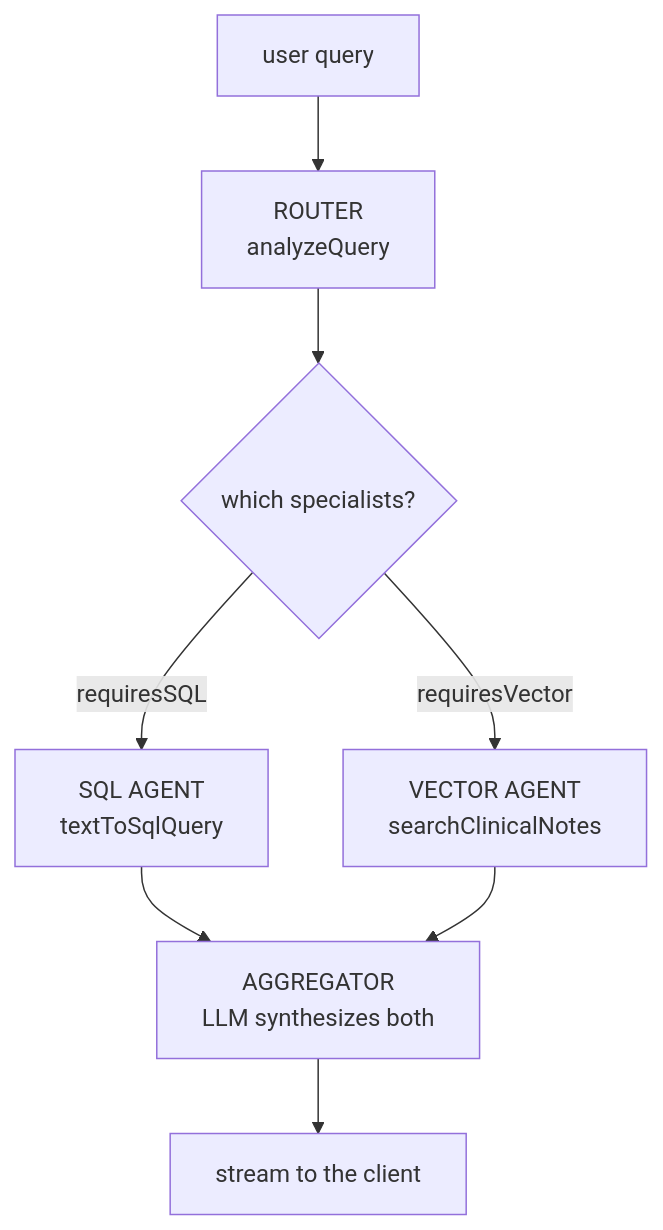
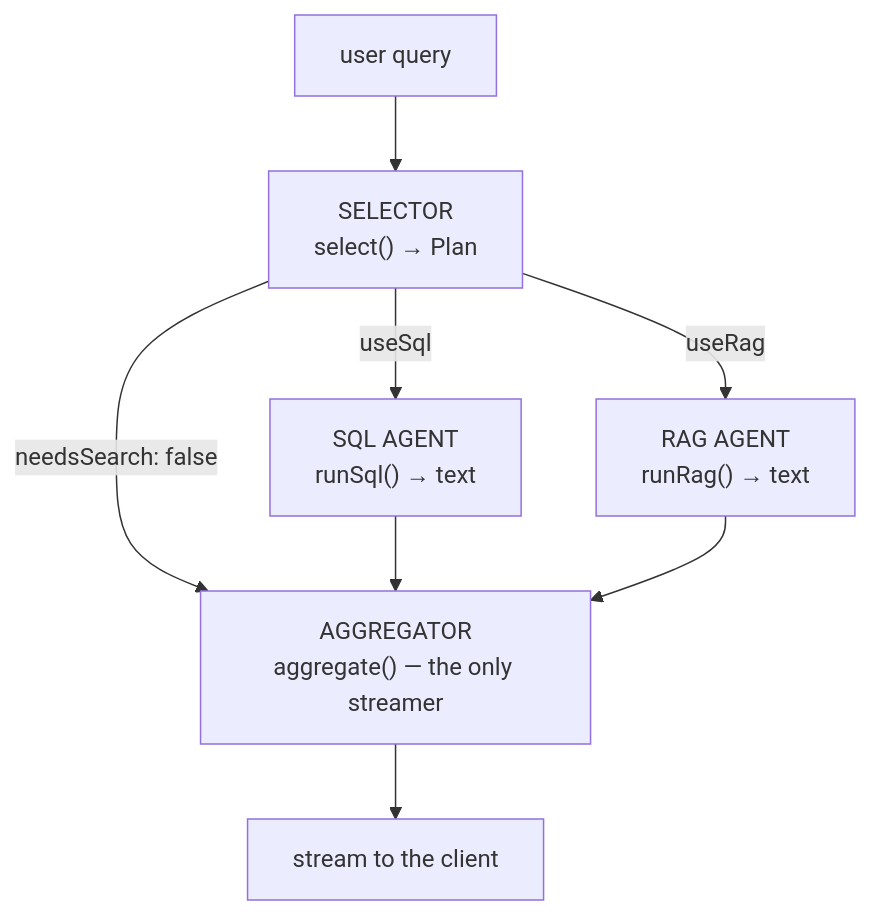
One commit to projectshft/parsity_medical_rag changed the diagram in curriculum/w2-03-orchestration.md. Above: the diagram before and after it, drawn with Mermaid. The commit also changed other lines of this file and 34 other files, not shown here.

First line of the commit message:
curriculum: full authoring pass against the current architecture

````diff
--- a/curriculum/w2-03-orchestration.md
+++ b/curriculum/w2-03-orchestration.md
@@ -15,10 +15,10 @@
 ```mermaid
 flowchart TD
-    Q[user query] --> R["ROUTER<br/>analyzeQuery"]
-    R --> D{which specialists?}
-    D -->|requiresSQL| S["SQL AGENT<br/>textToSqlQuery"]
-    D -->|requiresVector| V["VECTOR AGENT<br/>searchClinicalNotes"]
-    S --> A["AGGREGATOR<br/>LLM synthesizes both"]
-    V --> A
-    A --> ST["stream to the client"]
+    Q[user query] --> SEL["SELECTOR<br/>select() → Plan"]
+    SEL -->|useSql| SQL["SQL AGENT<br/>runSql() → text"]
+    SEL -->|useRag| RAG["RAG AGENT<br/>runRag() → text"]
+    SEL -->|"needsSearch: false"| AGG
+    SQL --> AGG["AGGREGATOR<br/>aggregate() — the only streamer"]
+    RAG --> AGG
+    AGG --> ST["stream to the client"]
 ```
````
